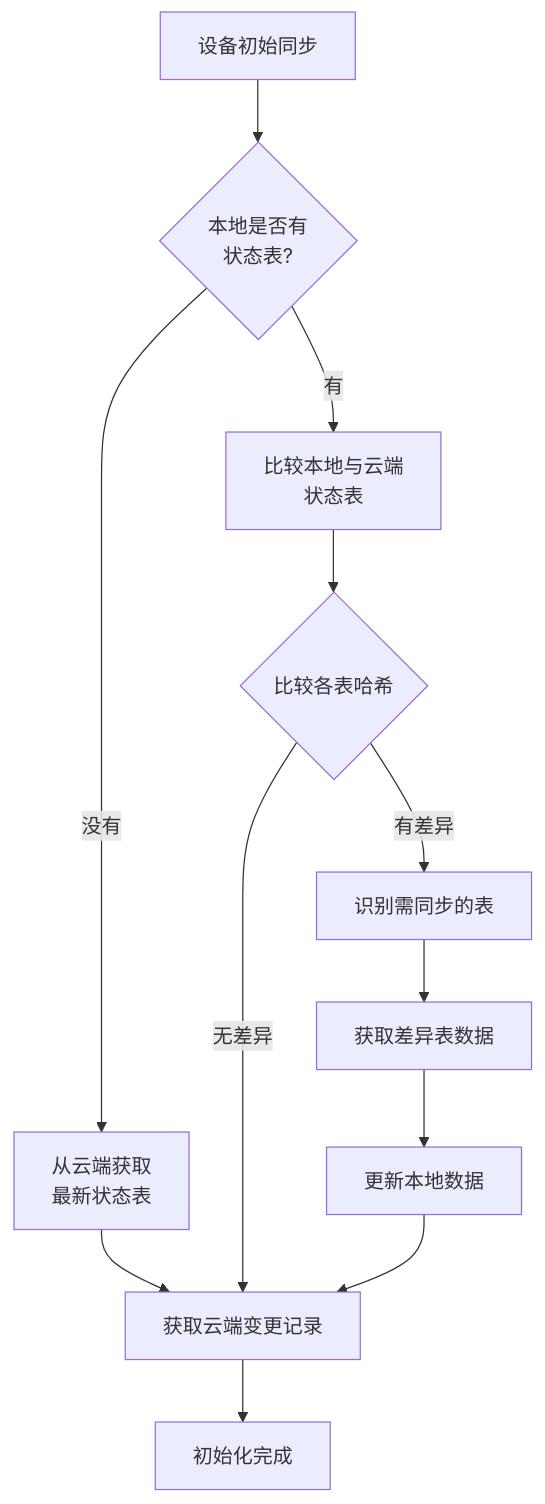
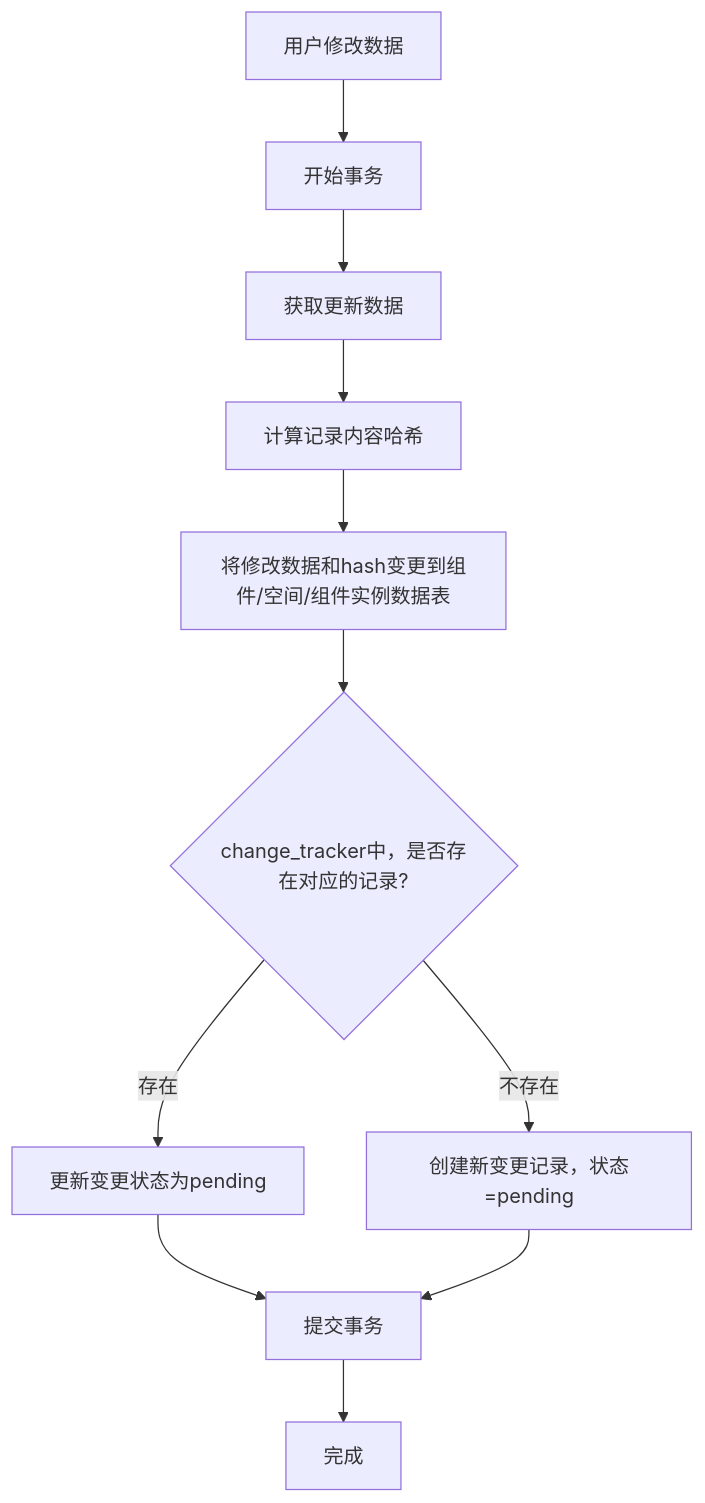
One commit to yingjianzh/iodraw-files changed the diagram in all/未命名-42.md. Above: the diagram before and after it, drawn with Mermaid.

Commit message:
2025-04-24 15:39:13 update

````diff
--- a/all/未命名-42.md
+++ b/all/未命名-42.md
@@ -1,19 +1,18 @@
 ```mermaid
+
 flowchart TD
-    Start[设备初始同步] --> CheckLocalState{本地是否有\n状态表?}
+    Start[用户修改数据] --> StartTransaction[开始事务]
+    StartTransaction --> UpdateRecord[获取更新数据]
+    UpdateRecord --> ComputeHash[计算记录内容哈希]
+    ComputeHash --> SaveHash[将修改数据和hash变更到组件/空间/组件实例数据表]
+   
     
-    CheckLocalState -- 没有 --> FetchCloudState[从云端获取\n最新状态表]
-    CheckLocalState -- 有 --> CompareCloudState[比较本地与云端\n状态表]
+    SaveHash --> CheckChangeExists{change_tracker中，是否存在对应的记录?}
+    CheckChangeExists -- 存在 --> UpdateChange[更新变更状态为pending]
+    CheckChangeExists -- 不存在 --> CreateChange[创建新变更记录，状态=pending]
     
-    FetchCloudState --> FetchChangeRecords[获取云端变更记录]
-    CompareCloudState --> TableDifference{比较各表哈希}
-    
-    TableDifference -- 有差异 --> IdentifyTables[识别需同步的表]
-    TableDifference -- 无差异 --> FetchChangeRecords
-    
-    IdentifyTables --> FetchTableData[获取差异表数据]
-    FetchTableData --> UpdateLocalData[更新本地数据]
-    UpdateLocalData --> FetchChangeRecords
-    
-    FetchChangeRecords --> End[初始化完成]
+    UpdateChange --> CommitTransaction[提交事务]
+    CreateChange --> CommitTransaction
+    CommitTransaction --> End[完成]
+
 ```
````
